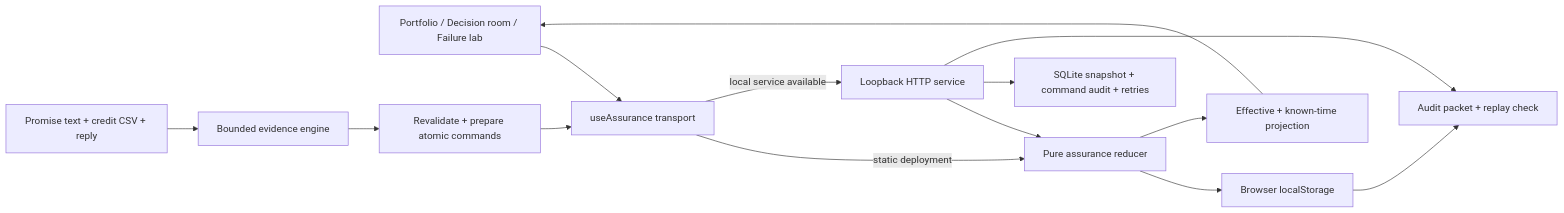
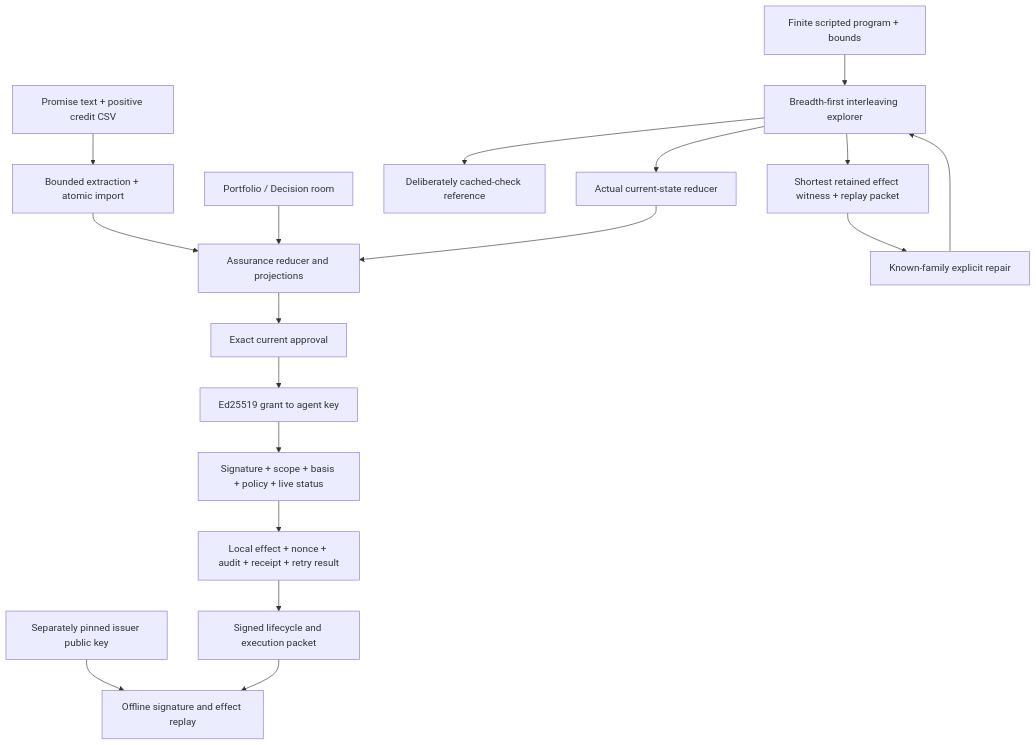
Before and after one commit to Srujyama/truthful-ovo: the diagram in docs/ARCHITECTURE.md, drawn with Mermaid. The commit also changed other lines of this file and 44 other files, not shown here.

Commit message:
Build local execution lab with bounded exploration and signed authority

````diff
--- a/docs/ARCHITECTURE.md
+++ b/docs/ARCHITECTURE.md
@@ -5,25 +5,20 @@
 ```mermaid
-flowchart LR
-    UI[Portfolio / Decision room / Failure lab]
-    Hook[useAssurance transport]
-    Reducer[Pure assurance reducer]
-    Projection[Effective + known-time projection]
-    Browser[Browser localStorage]
-    HTTP[Loopback HTTP service]
-    SQLite[SQLite snapshot + command audit + retries]
-    Text[Promise text + credit CSV + reply]
-    Extract[Bounded evidence engine]
-    Import[Revalidate + prepare atomic commands]
-    Export[Audit packet + replay check]
-
-    UI --> Hook
-    Hook -->|static deployment| Reducer
-    Reducer --> Browser
-    Hook -->|local service available| HTTP
-    HTTP --> Reducer
-    HTTP --> SQLite
-    Reducer --> Projection --> UI
-    Text --> Extract --> Import --> Hook
-    HTTP --> Export
-    Browser --> Export
+flowchart TB
+    Evidence[Promise text + positive credit CSV] --> Import[Bounded extraction + atomic import]
+    Import --> Finance[Assurance reducer and projections]
+    Portfolio[Portfolio / Decision room] --> Finance
+    Program[Finite scripted program + bounds] --> Explorer[Breadth-first interleaving explorer]
+    Explorer --> Naive[Deliberately cached-check reference]
+    Explorer --> Guarded[Actual current-state reducer]
+    Guarded --> Finance
+    Explorer --> Witness[Shortest retained effect witness + replay packet]
+    Witness --> Repair[Known-family explicit repair]
+    Repair --> Explorer
+    Finance --> Approval[Exact current approval]
+    Approval --> Grant[Ed25519 grant to agent key]
+    Grant --> Gate[Signature + scope + basis + policy + live status]
+    Gate --> Atomic[Local effect + nonce + audit + receipt + retry result]
+    Atomic --> Receipt[Signed lifecycle and execution packet]
+    Root[Separately pinned issuer public key] --> Verify[Offline signature and effect replay]
+    Receipt --> Verify
 ```
````
